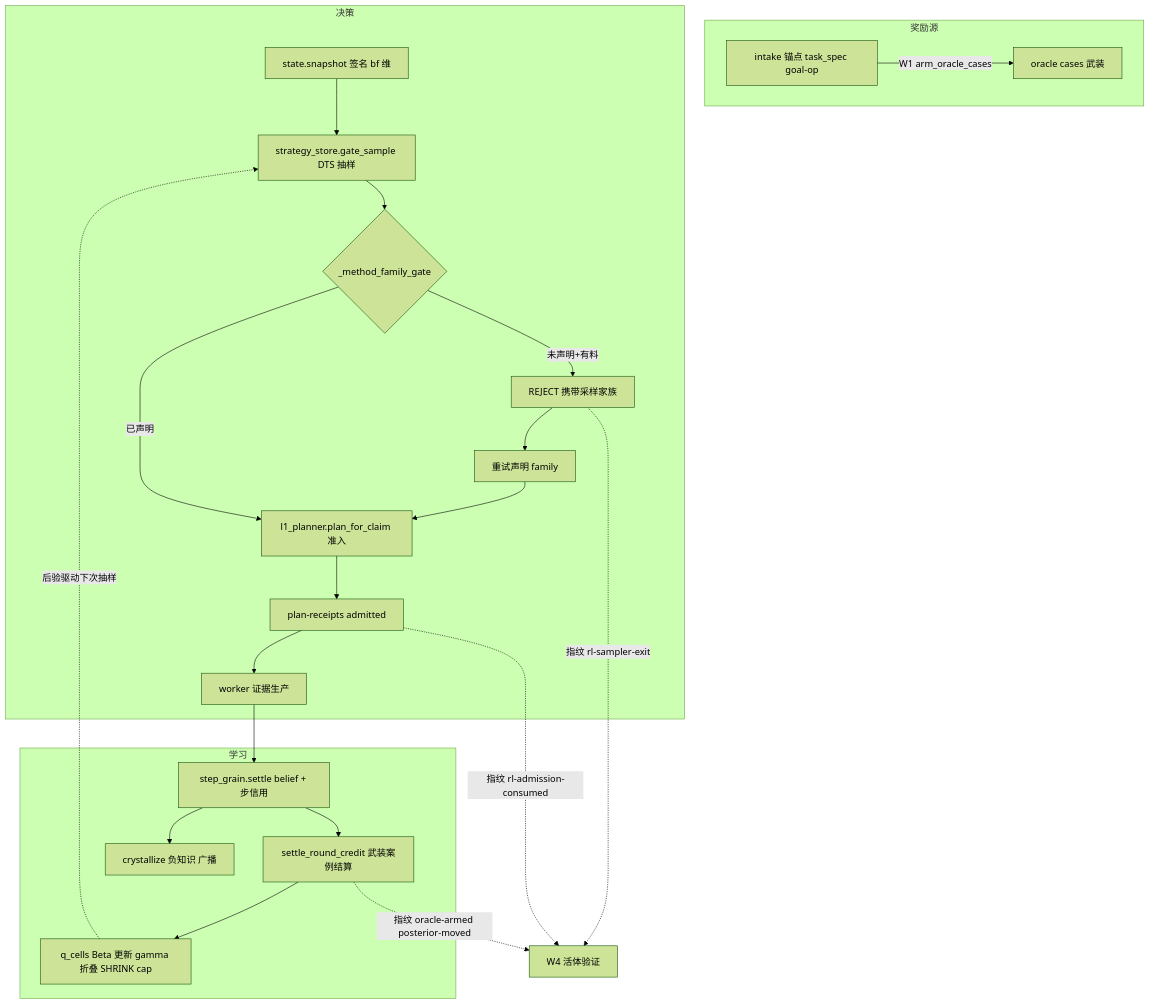
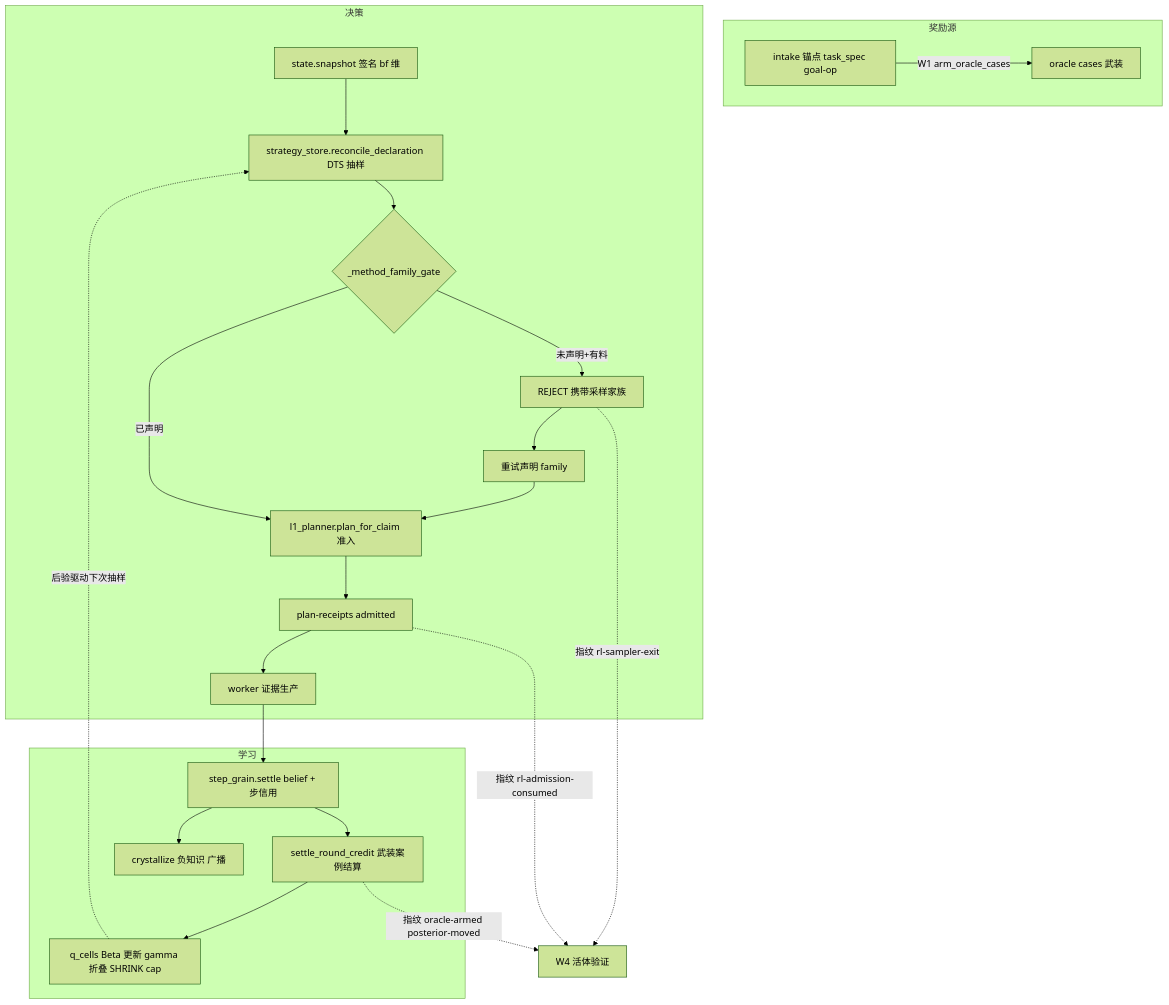
Before and after one commit to amd2g2zz/kunglao-agent: the fourth of 6 diagrams in docs/architecture/kunglao-technical-doc.md, drawn with Mermaid (forest theme). The commit also changed other lines of this file and 24 other files, not shown here.

````diff
--- a/docs/architecture/kunglao-technical-doc.md
+++ b/docs/architecture/kunglao-technical-doc.md
@@ -227,26 +226,26 @@
 ```mermaid
 flowchart TD
   subgraph 奖励源
     A[intake 锚点 task_spec goal-op] -->|W1 arm_oracle_cases| B[oracle cases 武装]
   end
   subgraph 决策
-    C[state.snapshot 签名 bf 维] --> D[strategy_store.gate_sample DTS 抽样]
+    C[state.snapshot 签名 bf 维] --> D[strategy_store.reconcile_declaration DTS 抽样]
     D --> E{_method_family_gate}
     E -->|未声明+有料| F[REJECT 携带采样家族]
     F --> G[重试声明 family]
     G --> H[l1_planner.plan_for_claim 准入]
     E -->|已声明| H
     H --> I[plan-receipts admitted]
     I --> J[worker 证据生产]
   end
   subgraph 学习
     J --> K[step_grain.settle belief + 步信用]
     K --> L[settle_round_credit 武装案例结算]
     L --> M[q_cells Beta 更新 gamma 折叠 SHRINK cap]
     K --> N[crystallize 负知识 广播]
     M -.->|后验驱动下次抽样| D
   end
   L -.->|指纹 oracle-armed posterior-moved| V[W4 活体验证]
   F -.->|指纹 rl-sampler-exit| V
   I -.->|指纹 rl-admission-consumed| V
 ```
````
